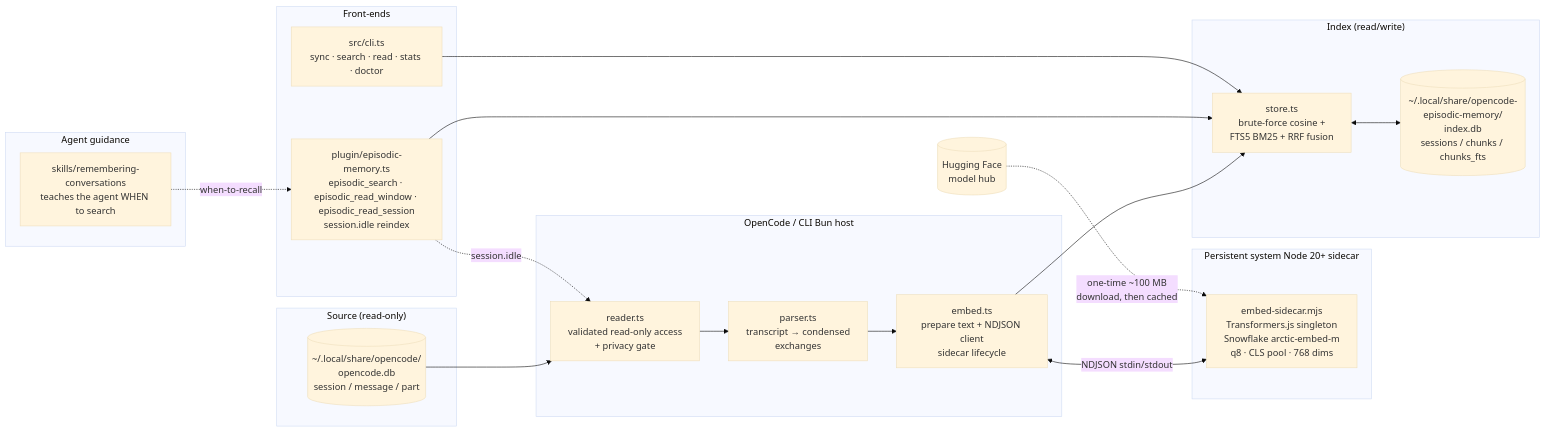
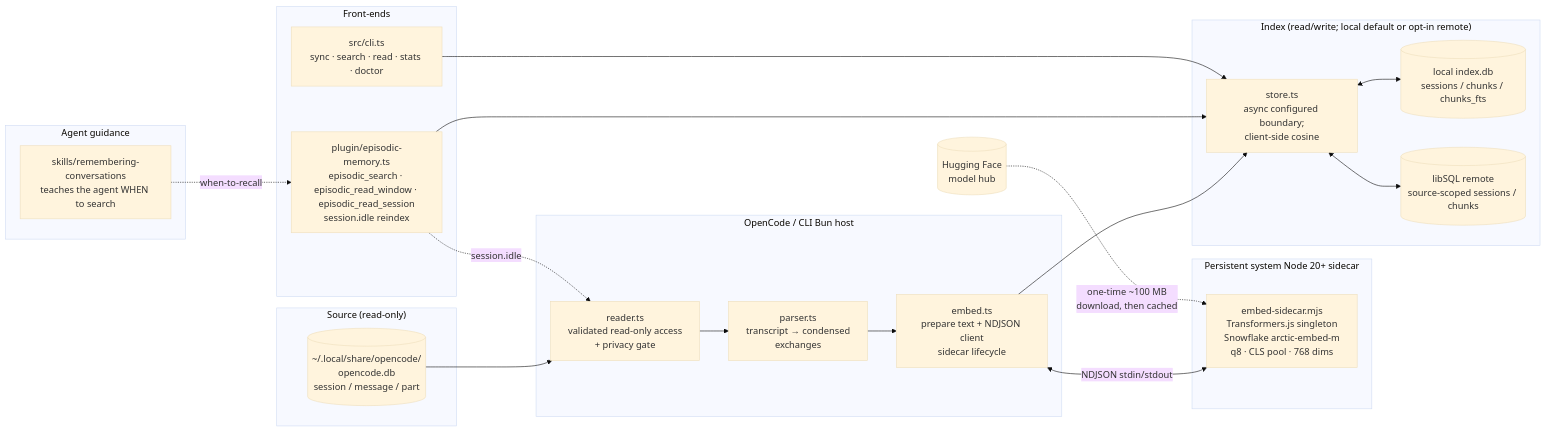
The first of 3 diagrams in ARCHITECTURE.md (robertn702/opencode-episodic-memory), drawn with Mermaid (base theme) before and after one commit. The commit also changed other lines of this file and 12 other files, not shown here.

Commit message:
feat: add opt-in remote index backend (#28)

````diff
--- a/ARCHITECTURE.md
+++ b/ARCHITECTURE.md
@@ -18,41 +19,43 @@
 ```mermaid
 flowchart LR
     subgraph Source["Source (read-only)"]
         OCDB[("~/.local/share/opencode/<br/>opencode.db<br/>session / message / part")]
     end
 
     subgraph BunHost["OpenCode / CLI Bun host"]
         R[reader.ts<br/>validated read-only access<br/>+ privacy gate]
         P[parser.ts<br/>transcript → condensed<br/>exchanges]
         E[embed.ts<br/>prepare text + NDJSON client<br/>sidecar lifecycle]
     end
 
     subgraph NodeSidecar["Persistent system Node 20+ sidecar"]
         ES[embed-sidecar.mjs<br/>Transformers.js singleton<br/>Snowflake arctic-embed-m<br/>q8 · CLS pool · 768 dims]
     end
 
-    subgraph Index["Index (read/write)"]
-        IDB[("~/.local/share/opencode-episodic-memory/<br/>index.db<br/>sessions / chunks / chunks_fts")]
-        S[store.ts<br/>brute-force cosine +<br/>FTS5 BM25 + RRF fusion]
+    subgraph Index["Index (read/write; local default or opt-in remote)"]
+        IDB[("local index.db<br/>sessions / chunks / chunks_fts")]
+        RDB[("libSQL remote<br/>source-scoped sessions / chunks")]
+        S[store.ts<br/>async configured boundary;<br/>client-side cosine]
     end
 
     subgraph Frontends["Front-ends"]
         PLG[plugin/episodic-memory.ts<br/>episodic_search · episodic_read_window · episodic_read_session<br/>session.idle reindex]
         CLI[src/cli.ts<br/>sync · search · read · stats · doctor]
     end
 
     subgraph Skill["Agent guidance"]
         SK[skills/remembering-conversations<br/>teaches the agent WHEN to search]
     end
 
     OCDB --> R --> P --> E
     E <-->|NDJSON stdin/stdout| ES
     E --> S
     S <--> IDB
+    S <--> RDB
     PLG --> S
     CLI --> S
     PLG -.->|session.idle| R
     SK -.when-to-recall.-> PLG
 
     HF[(Hugging Face<br/>model hub)] -.one-time ~100 MB<br/>download, then cached.-> ES
 ```
````
